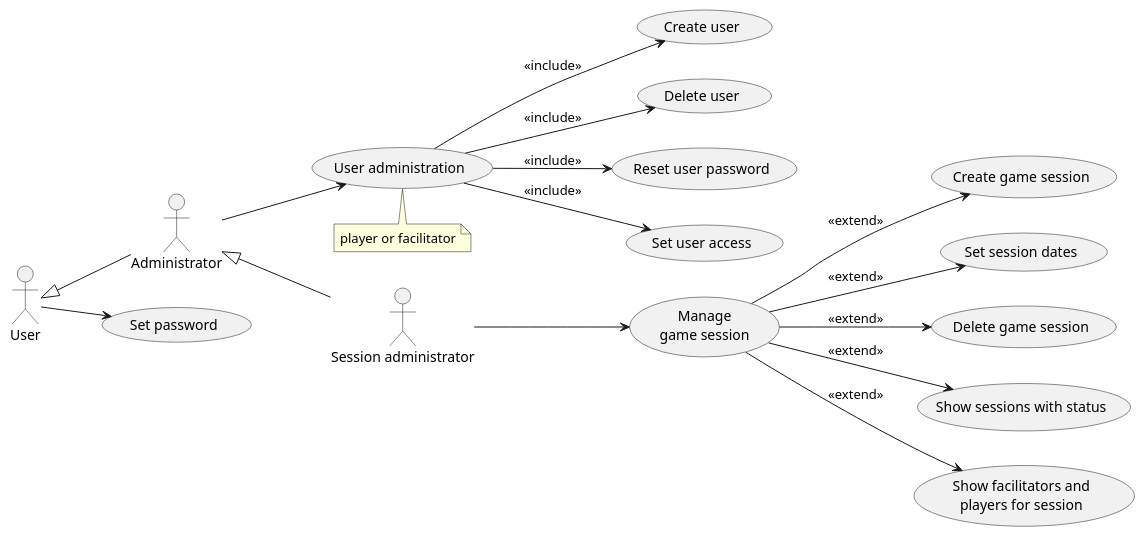
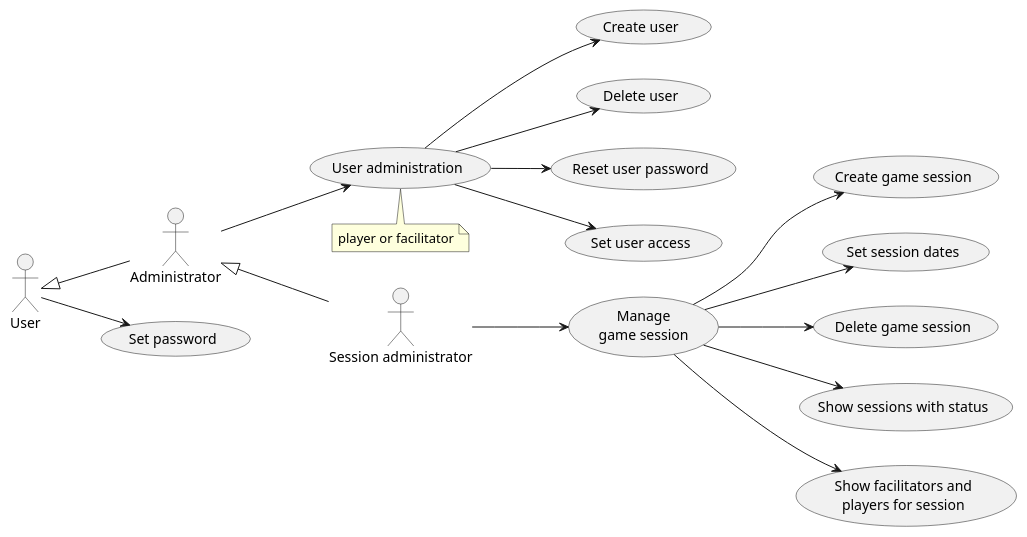
One commit to averbraeck/gscg-design changed the diagram in doc/1-use-cases/diagrams/session-administration.puml. Above: the diagram before and after it, drawn with PlantUML. The commit also changed 5 other files, not shown here.

Commit message:
Issue #13. Simplify diagrams by removing <<include>> and <<extend>> labels

```diff
--- a/doc/1-use-cases/diagrams/session-administration.puml
+++ b/doc/1-use-cases/diagrams/session-administration.puml
@@ -1,28 +1,28 @@
 @startuml
 left to right direction
 
 "Session administrator" as SA
 User <|-- Administrator
 Administrator <|-- SA
 
 User --> (Set password)
 
 Administrator --> (User administration)
 note bottom
   player or facilitator
 end note
 
-(User administration) --> (Create user) : << include >>
-(User administration) --> (Delete user) : << include >>
-(User administration) --> (Reset user password) : << include >>
-(User administration) --> (Set user access) : << include >>
+(User administration) --> (Create user)
+(User administration) --> (Delete user)
+(User administration) --> (Reset user password)
+(User administration) --> (Set user access)
 
 "Manage\ngame session" as (Manage)
 SA --> Manage
-Manage --> (Create game session) : << extend >>
-Manage --> (Set session dates) : << extend >>
-Manage --> (Delete game session) : << extend >>
-Manage --> (Show sessions with status) : << extend >>
-Manage --> (Show facilitators and\nplayers for session) : << extend >>
+Manage --> (Create game session)
+Manage --> (Set session dates)
+Manage --> (Delete game session)
+Manage --> (Show sessions with status)
+Manage --> (Show facilitators and\nplayers for session)
 
 @enduml
```
